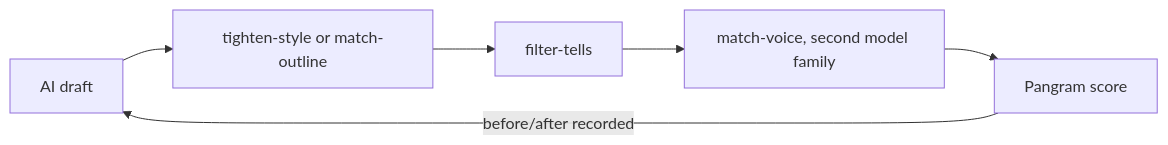
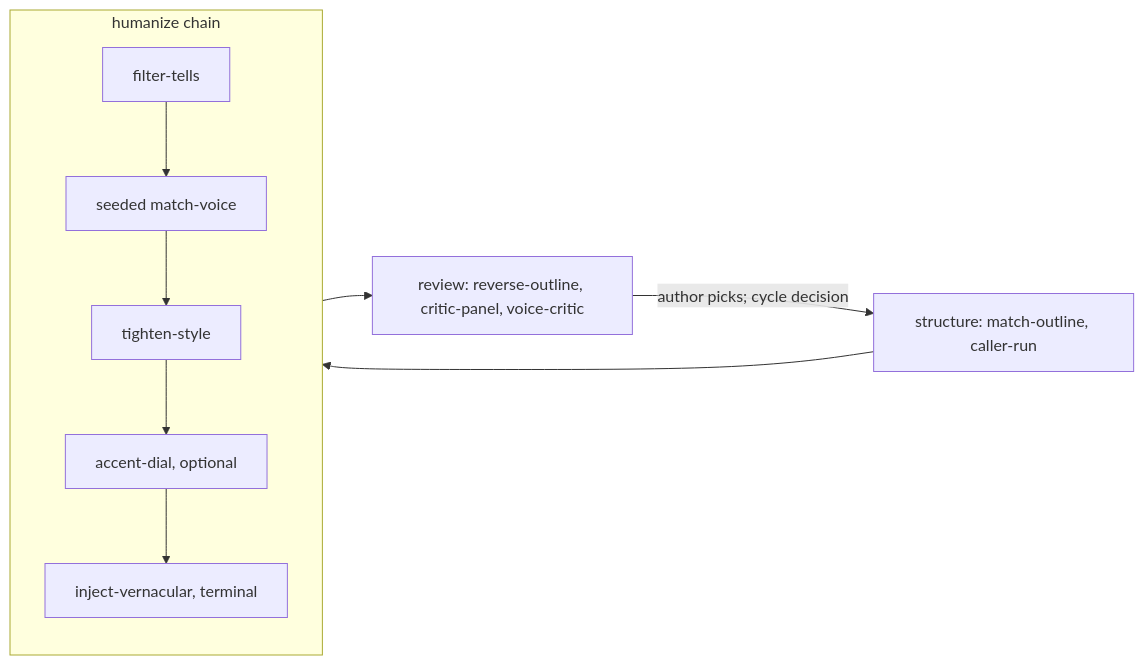
One commit to petar-djukic/writing-skills changed the diagram in README.md. Above: the diagram before and after it, drawn with Mermaid. The commit also changed other lines of this file and 42 other files, not shown here.

First line of the commit message:
Humanize is the pure laundering chain; structure and review move to the caller (GH-208)

````diff
--- a/README.md
+++ b/README.md
@@ -7,8 +7,12 @@
 ```mermaid
 flowchart LR
-    A[AI draft] --> B[tighten-style or match-outline]
-    B --> C[filter-tells]
-    C --> D[match-voice, second model family]
-    D --> E[Pangram score]
-    E -->|before/after recorded| A
+    S[structure: match-outline, caller-run] --> A[humanize chain]
+    subgraph A[humanize chain]
+        C[filter-tells] --> D[seeded match-voice]
+        D --> T[tighten-style]
+        T --> X[accent-dial, optional]
+        X --> V[inject-vernacular, terminal]
+    end
+    A --> R[review: reverse-outline, critic-panel, voice-critic]
+    R -->|author picks; cycle decision| S
 ```
````
